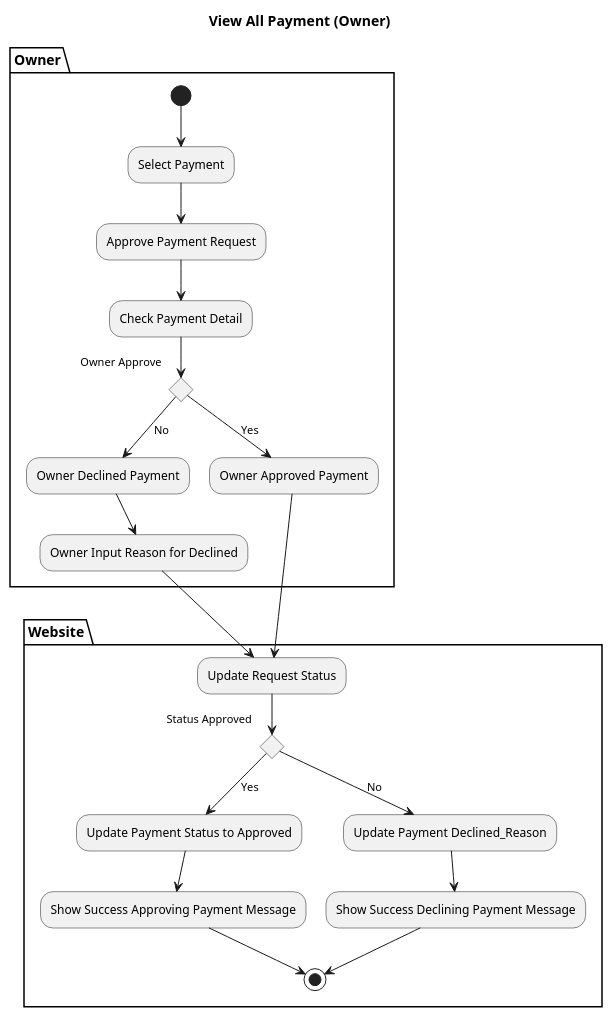
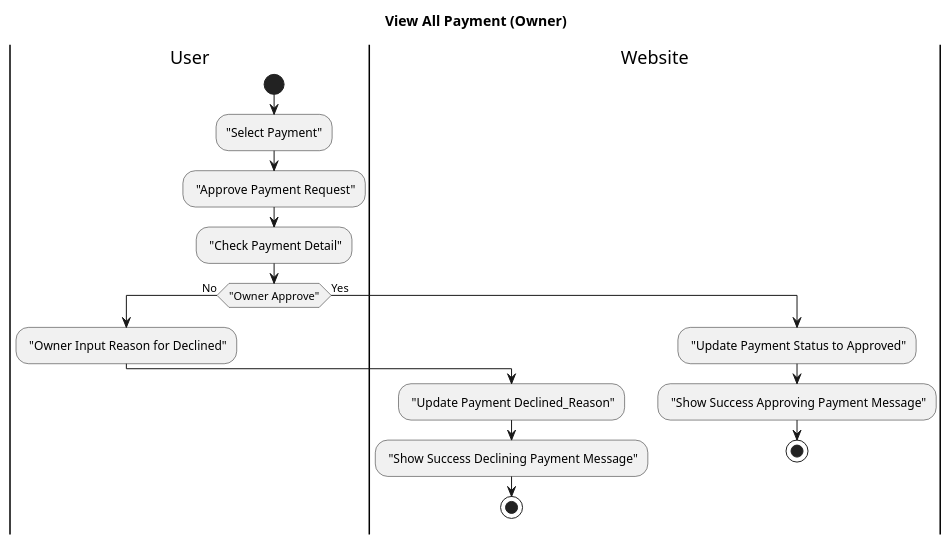
One commit to AntWort21/BHFMS changed the diagram in Design/BHFMS_ACTIVITY/Payment (Owner) Approve.puml. Above: the diagram before and after it, drawn with PlantUML. The commit also changed 9 other files, not shown here.

Commit message:
Update all Activity Diagram w/ Swimlane

```diff
--- a/Design/BHFMS_ACTIVITY/Payment (Owner) Approve.puml
+++ b/Design/BHFMS_ACTIVITY/Payment (Owner) Approve.puml
@@ -1,29 +1,23 @@
 @startuml
 title View All Payment (Owner)
-partition Owner {
-    (*) --> "Select Payment"
+|User|
+start 
+    :"Select Payment";
 
-    --> "Approve Payment Request"
-    --> "Check Payment Detail"
-        If "Owner Approve" then
-        --> [Yes] "Owner Approved Payment"
-        else
-        --> [No] "Owner Declined Payment"
-        --> "Owner Input Reason for Declined"
-        Endif
-}
-
-partition Website {
-    "Owner Approved Payment" --> "Update Request Status"
-    "Owner Input Reason for Declined" --> "Update Request Status"
-    If "Status Approved" then
-    --> [Yes] "Update Payment Status to Approved"
-    --> "Show Success Approving Payment Message"
-    -->(*)
-    else
-    --> [No] "Update Payment Declined_Reason"
-    --> "Show Success Declining Payment Message" 
-    -->(*)
-}
+    : "Approve Payment Request";
+    : "Check Payment Detail";
+    If ("Owner Approve") is (No) then
+        |User|
+        : "Owner Input Reason for Declined";
+        |Website|
+        : "Update Payment Declined_Reason";
+        : "Show Success Declining Payment Message";
+        stop
+    else (Yes)
+        |Website|
+        : "Update Payment Status to Approved";
+        : "Show Success Approving Payment Message";
+        stop
+        endif
 
 @enduml
```
